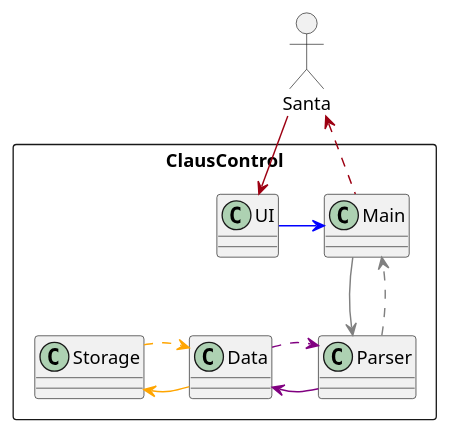
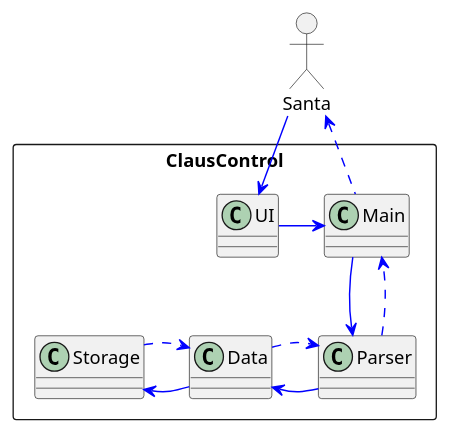
One commit to shrabasti-c/tp changed the diagram in docs/diagrams/ArchitectureDiagram.puml. Above: the diagram before and after it, drawn with PlantUML. The commit also changed 20 other files, not shown here.

Commit message:
Fix UML diagrams and fix bug in degift command

```diff
--- a/docs/diagrams/ArchitectureDiagram.puml
+++ b/docs/diagrams/ArchitectureDiagram.puml
@@ -1,28 +1,29 @@
 @startuml
+
 allowmixing
 skinparam arrowThickness 1.1
-skinparam arrowColor #9D0012
+skinparam arrowColor #blue
 
 Package ClausControl <<Rectangle>>{
     Class UI
     Class Parser
     Class Storage
     Class Data
     Class Main
 }
 
 actor Santa
 
 Santa --> UI
 UI -right[#blue]-> Main
-Main -[#grey]-> Parser
-Parser -[#purple]-> Data
-Data .[#purple]> Parser
-Parser -.[#grey]> Main
+Main -[#blue]-> Parser
+Parser -[#blue]-> Data
+Data .[#blue]> Parser
+Parser -.[#blue]> Main
 Main .up.> Santa
 
-Data -[#orange]> Storage
-Storage -[#orange].> Data
+Data -[#blue]> Storage
+Storage -[#blue].> Data
 
 
 @enduml
```
